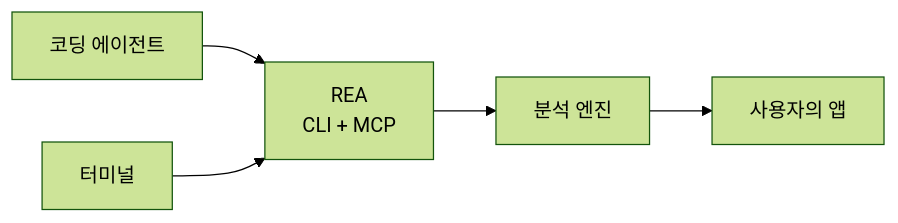
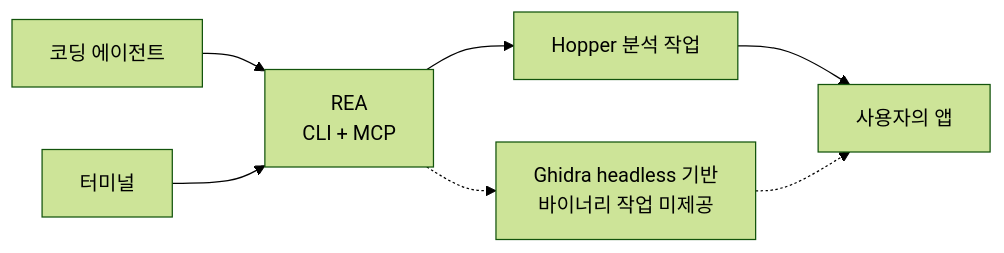
The diagram in README_ko.md (bryankwandou/rea), drawn with Mermaid (forest theme) before and after one commit. The commit also changed other lines of this file and 233 other files, not shown here.

Commit message:
feat(ghidra): add private headless provider session

````diff
--- a/README_ko.md
+++ b/README_ko.md
@@ -177,7 +179,9 @@
 ```mermaid
 flowchart LR
     Agent["코딩 에이전트"] --> REA["REA<br/>CLI + MCP"]
     Terminal["터미널"] --> REA
-    REA --> Hopper["분석 엔진"]
+    REA --> Hopper["Hopper 분석 작업"]
     Hopper --> App["사용자의 앱"]
+    REA -.-> Ghidra["Ghidra headless 기반<br/>바이너리 작업 미제공"]
+    Ghidra -.-> App
 ```
````
